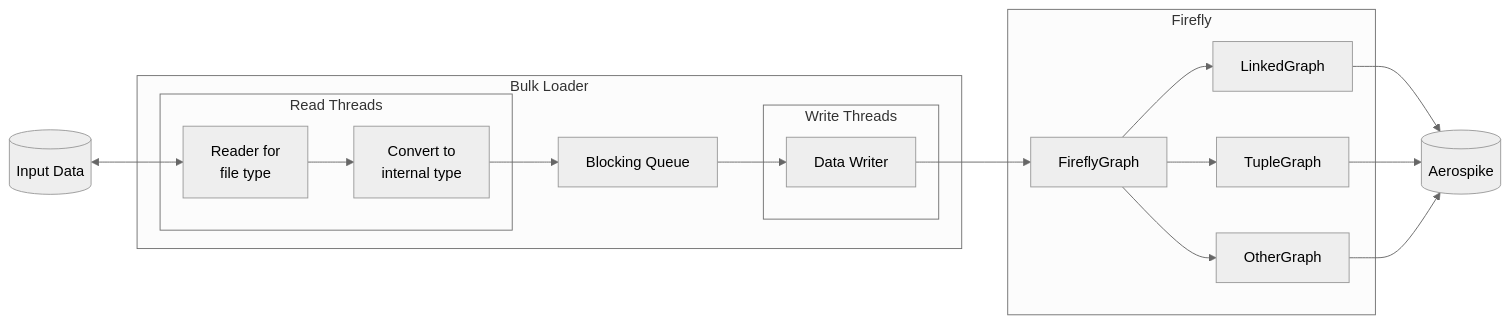
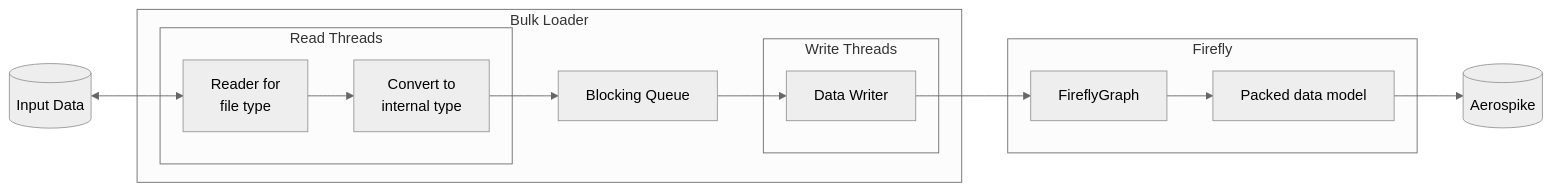
The diagram in docs/BULK_LOADER_DESIGN.md (aerospike/aerospike-graph-service), drawn with Mermaid (neutral theme) before and after one commit. The commit also changed other lines of this file and 16 other files, not shown here.

First line of the commit message:
docs: refresh design docs to reflect packed-only data model

````diff
--- a/docs/BULK_LOADER_DESIGN.md
+++ b/docs/BULK_LOADER_DESIGN.md
@@ -78,25 +78,21 @@
 ```mermaid
 flowchart LR
     InputData[(Input Data)]
     InputData<-->DataReader
     subgraph Bulk Loader
     subgraph Read Threads
     DataReader[Reader for\nfile type]-->DataConverter[Convert to\ninternal type]
     end
     DataConverter-->BlockingQueue
     BlockingQueue[Blocking Queue]-->DataWriter
     subgraph Write Threads
     DataWriter[Data Writer]
     end
     end
     subgraph Firefly
     DataWriter-->FireflyGraph
-    FireflyGraph-->LinkedGraph
-    FireflyGraph-->TupleGraph
-    FireflyGraph-->OtherGraph
+    FireflyGraph-->PackedGraph[Packed data model]
     end
-    LinkedGraph-->Aerospike
-    TupleGraph-->Aerospike
-    OtherGraph-->Aerospike
+    PackedGraph-->Aerospike
     Aerospike[(Aerospike)]
 ```
````
